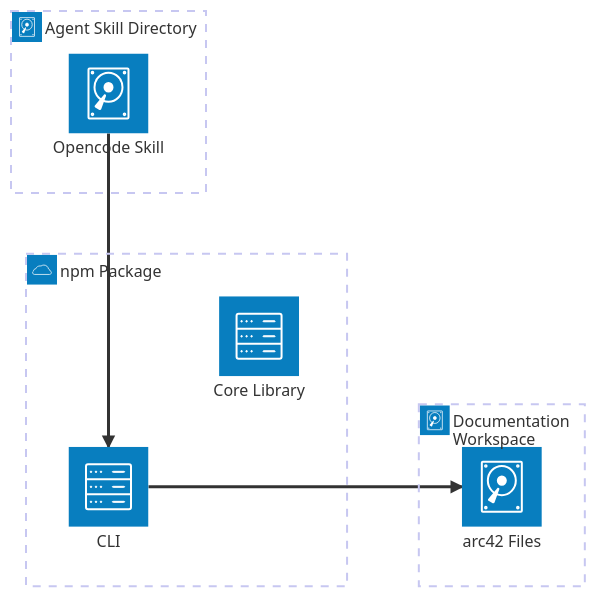
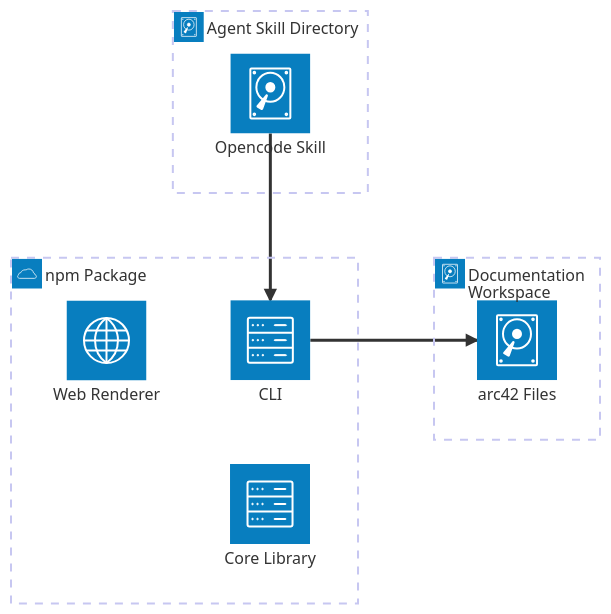
One commit to docToolchain/arc42-language changed the first of 2 diagrams in docs/arc42/07-deployment-view.arc42.md. Above: the diagram before and after it, drawn with Mermaid. The commit also changed other lines of this file and 22 other files, not shown here.

First line of the commit message:
docs: rewrite bookstore example, update project arc42 docs for web renderer

````diff
--- a/docs/arc42/07-deployment-view.arc42.md
+++ b/docs/arc42/07-deployment-view.arc42.md
@@ -16,15 +16,16 @@
 ```mermaid
 architecture-beta
     group node-npm-package(cloud)[npm Package]
     service bb-cli(server)[CLI] in node-npm-package
     service bb-core(server)[Core Library] in node-npm-package
+    service bb-web-renderer(internet)[Web Renderer] in node-npm-package
 
     group node-skill(disk)[Agent Skill Directory]
     service bb-skill(disk)[Opencode Skill] in node-skill
 
     group node-workspace(disk)[Documentation Workspace]
     service bb-workspace(disk)[arc42 Files] in node-workspace
 
     bb-cli:R --> L:bb-workspace
     bb-skill:B --> T:bb-cli
 ```
````
